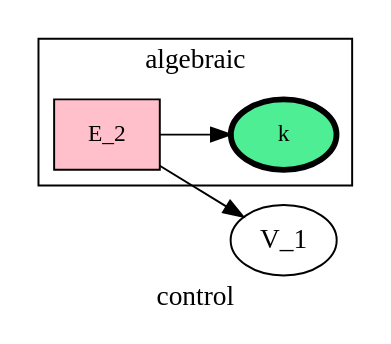
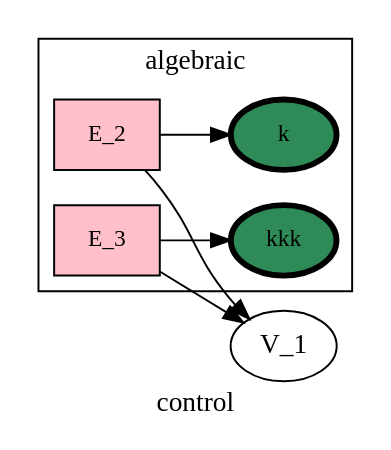
One commit to heinz-preisig/processes_distributed_no_interface_eqs changed the diagram in ontology_graphs/graph__control.dot. Above: the diagram before and after it, drawn with Graphviz. The commit also changed 32 other files, not shown here.

```diff
--- a/ontology_graphs/graph__control.dot
+++ b/ontology_graphs/graph__control.dot
@@ -1,53 +1,57 @@
 digraph control {
 label=control;
 rankdir=LR;
 subgraph cluster_control___dataFlow {
 label=dataFlow;
 rankdir=LR;
 }
 
 subgraph cluster_control___input {
 label=input;
 rankdir=LR;
 }
 
 subgraph cluster_control___output {
 label=output;
 rankdir=LR;
 }
 
 subgraph cluster_control___network {
 label=network;
 rankdir=LR;
 }
 
 subgraph cluster_control___frame {
 label=frame;
 rankdir=LR;
 }
 
 subgraph cluster_control___state {
 label=state;
 rankdir=LR;
 }
 
 subgraph cluster_control___constant {
 label=constant;
 rankdir=LR;
 }
 
 subgraph cluster_control___diffState {
 label=diffState;
 rankdir=LR;
 }
 
 E_2 -> V_1  [splines=ortho];
+E_3 -> V_1  [splines=ortho];
 subgraph cluster_control___algebraic {
 label=algebraic;
 rankdir=LR;
-V_3 [fillcolor=seagreen2, fontsize=12, label=k, penwidth=3, style=filled];
+V_3 [fillcolor=seagreen, fontsize=12, label=k, penwidth=3, style=filled];
+V_4 [fillcolor=seagreen, fontsize=12, label=kkk, penwidth=3, style=filled];
 E_2 [fillcolor=pink, fontsize=12, shape=box, style=filled];
 E_2 -> V_3  [splines=ortho];
+E_3 [fillcolor=pink, fontsize=12, shape=box, style=filled];
+E_3 -> V_4  [splines=ortho];
 }
 
 }
```
